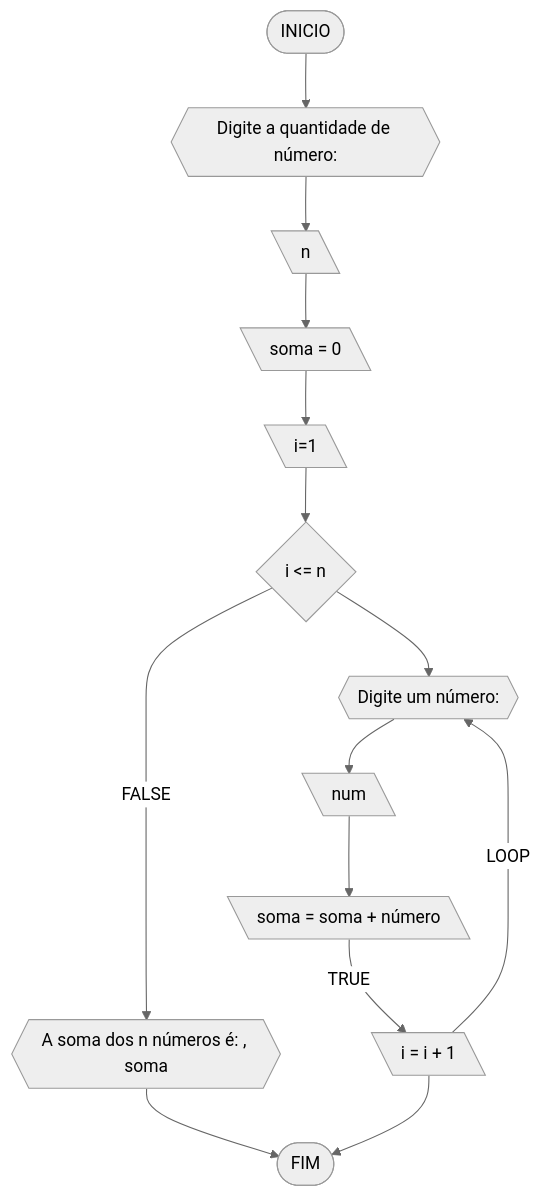
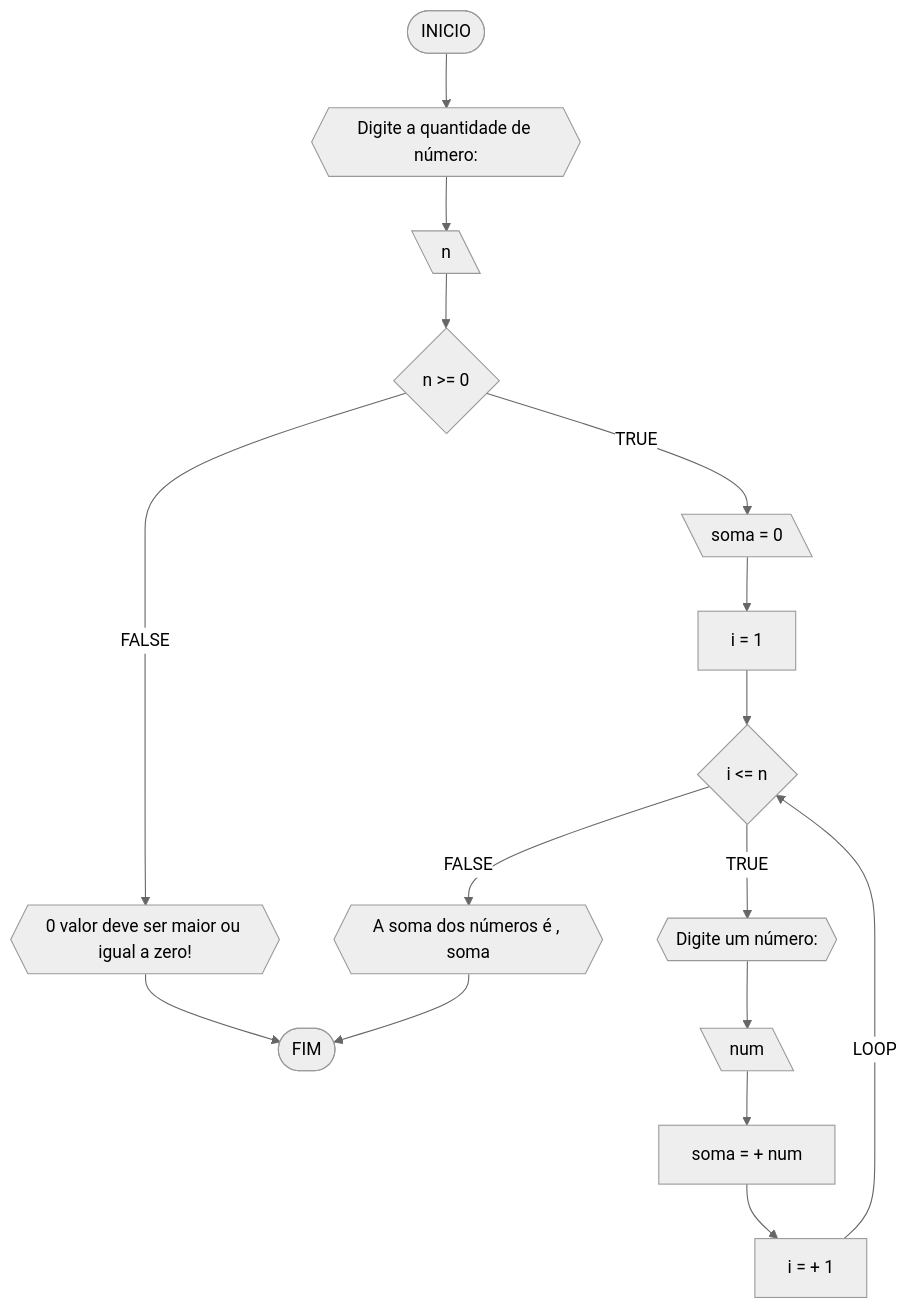
The fourth of 8 diagrams in rra/Unidade1/AD1.md (sdiogenes/unifor), drawn with Mermaid (neutral theme) before and after one commit. The commit also changed other lines of this file, not shown here.

````diff
--- a/rra/Unidade1/AD1.md
+++ b/rra/Unidade1/AD1.md
@@ -148,20 +227,19 @@
 ```mermaid
 flowchart TD
 
 A([INICIO]) --> B{{"Digite a quantidade de número: "}}
 B --> C[\n\]
-C --> D[\soma = 0\]
-D --> E[\i=1\]
-E --> F{i <= n}
-F --FALSE--> G{{"A soma dos n números é: ", soma}}
-G --> Z
-F --> H{{"Digite um número: "}}
-H --> I[\num\]
-I --> J[\soma = soma + número\]
-J--TRUE--> L[\i = i + 1\]
-L --LOOP--> H
-L --> Z([FIM])
-
-
-
+C --> D{n >= 0}
+D --FALSE--> E{{"0 valor deve ser maior ou igual a zero!"}}
+E --> Z([FIM])
+D --TRUE--> F[\soma = 0\]
+F --> G[i = 1]
+G --> H{i <= n}
+H --FALSE--> I{{"A soma dos números é" , soma}}
+I --> Z
+H--TRUE--> J{{"Digite um número: "}}
+J --> L[\num\]
+L --> M[soma = + num]
+M --> N[i = + 1]
+N --LOOP--> H
 ```
````
